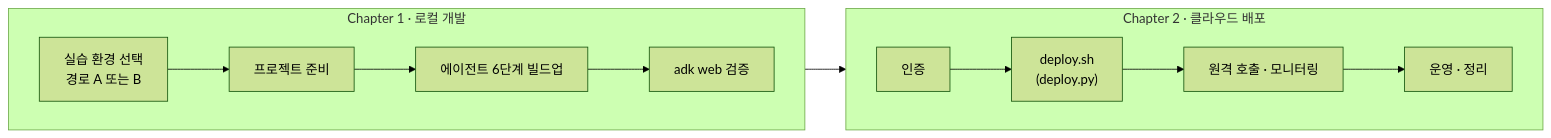
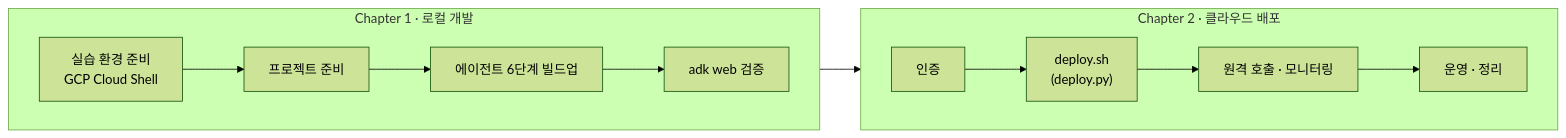
The first of 9 diagrams in agy_lab/agy_advance/build_agent.md (shins777/antigravity_lab), drawn with Mermaid (forest theme) before and after one commit. The commit also changed other lines of this file and 3 other files, not shown here.

Commit message:
docs(lab): standardize hands-on guides for Cloud Shell environment

````diff
--- a/agy_lab/agy_advance/build_agent.md
+++ b/agy_lab/agy_advance/build_agent.md
@@ -20,12 +20,12 @@
 ```mermaid
 flowchart LR
     subgraph C1["Chapter 1 · 로컬 개발"]
       direction LR
-      E["실습 환경 선택<br/>경로 A 또는 B"] --> P["프로젝트 준비"] --> A["에이전트 6단계 빌드업"] --> V["adk web 검증"]
+      E["실습 환경 준비<br/>GCP Cloud Shell"] --> P["프로젝트 준비"] --> A["에이전트 6단계 빌드업"] --> V["adk web 검증"]
     end
     subgraph C2["Chapter 2 · 클라우드 배포"]
       direction LR
       AU["인증"] --> D["deploy.sh<br/>(deploy.py)"] --> T["원격 호출 · 모니터링"] --> M["운영 · 정리"]
     end
     V --> AU
 ```
````
